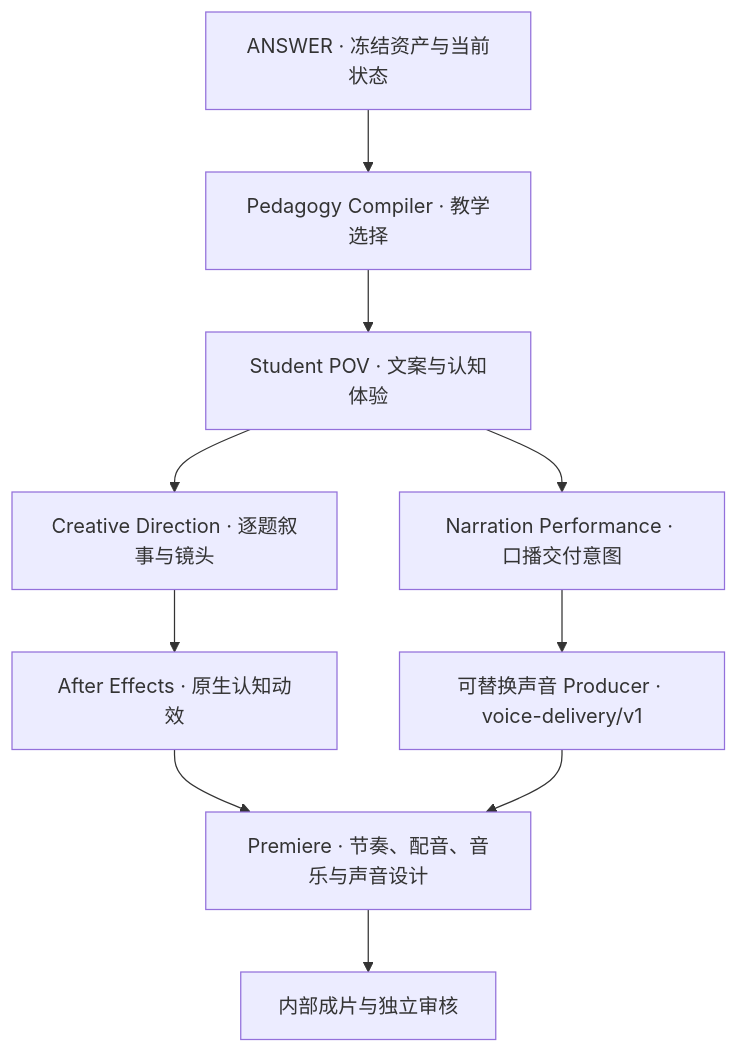
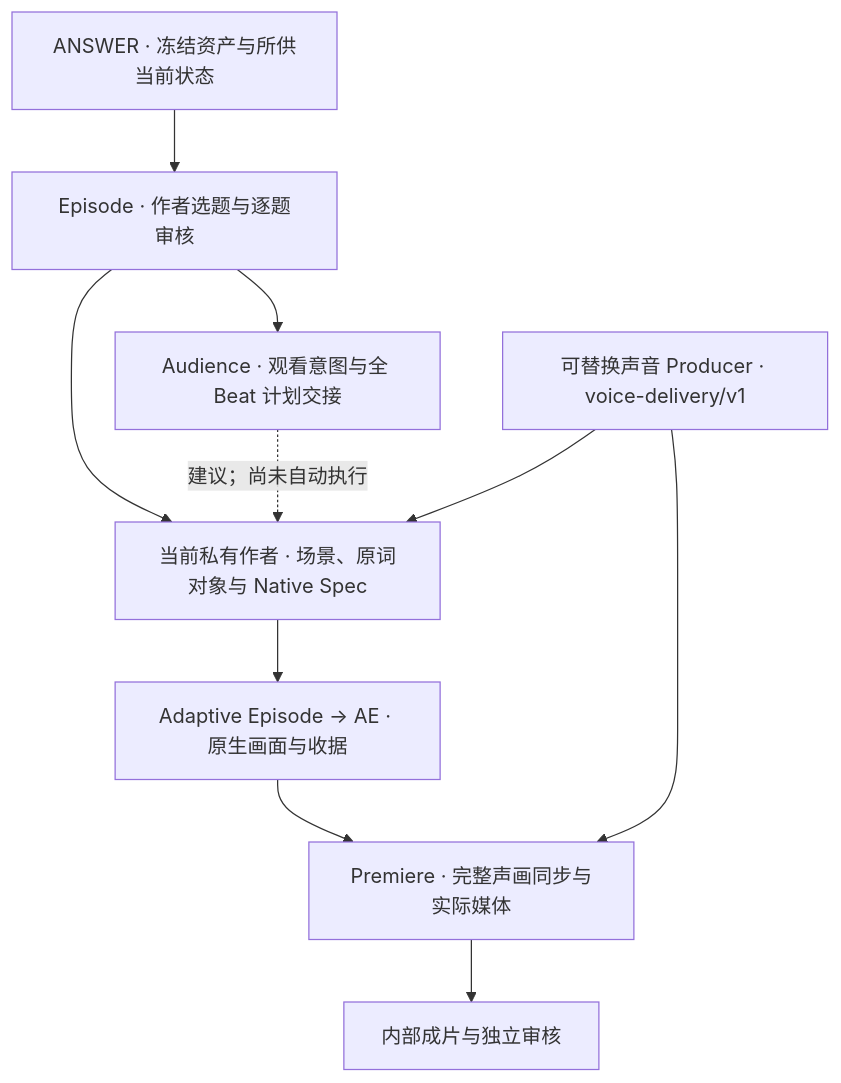
Before and after one commit to rockpunkgod/video-making: the diagram in README.md, drawn with Mermaid. The commit also changed other lines of this file and 13 other files, not shown here.

````diff
--- a/README.md
+++ b/README.md
@@ -22,12 +28,12 @@
 ```mermaid
 flowchart TD
-    A[ANSWER · 冻结资产与当前状态] --> B[Pedagogy Compiler · 教学选择]
-    B --> C[Student POV · 文案与认知体验]
-    C --> D[Creative Direction · 逐题叙事与镜头]
-    C --> E[Narration Performance · 口播交付意图]
-    D --> F[After Effects · 原生认知动效]
-    E --> G[可替换声音 Producer · voice-delivery/v1]
-    F --> H[Premiere · 节奏、配音、音乐与声音设计]
+    A[ANSWER · 冻结资产与所供当前状态] --> B[Episode · 作者选题与逐题审核]
+    B --> C[当前私有作者 · 场景、原词对象与 Native Spec]
+    B --> D[Audience · 观看意图与全 Beat 计划交接]
+    D -.建议；尚未自动执行.-> C
+    G[可替换声音 Producer · voice-delivery/v1] --> C
+    C --> F[Adaptive Episode → AE · 原生画面与收据]
+    F --> H[Premiere · 完整声画同步与实际媒体]
     G --> H
     H --> I[内部成片与独立审核]
 ```
````
